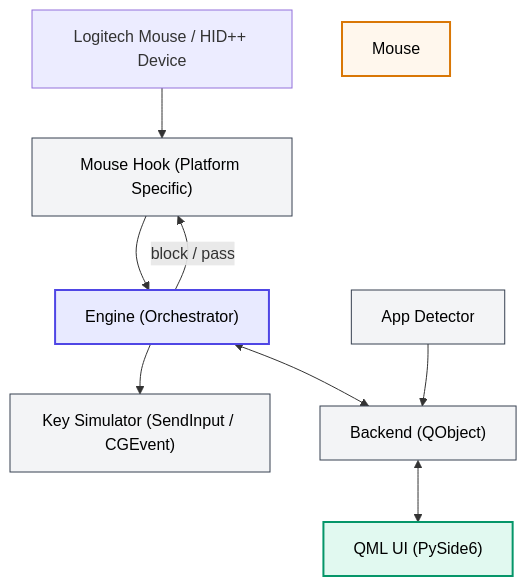
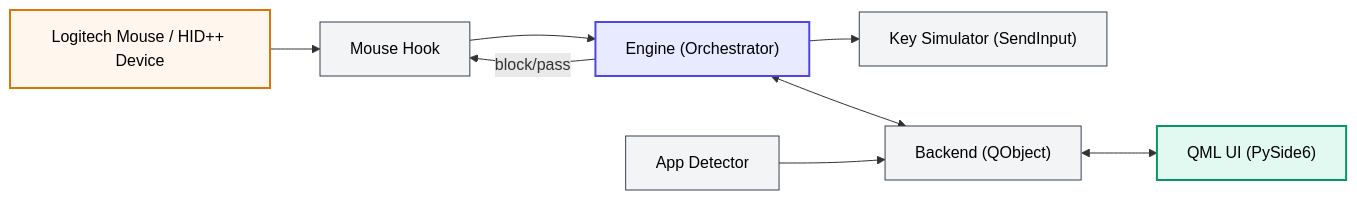
One commit to TomBadash/Mouser changed the diagram in README.md. Above: the diagram before and after it, drawn with Mermaid.

Commit message:
Refactor architecture diagram in README.md

````diff
--- a/README.md
+++ b/README.md
@@ -291,36 +291,30 @@
 ```mermaid
-graph TD
-    %% Devices and Hooks
-    Logitech["Logitech Mouse / HID++ Device"]
-    Hook["Mouse Hook (Platform Specific)"]
+graph LR
+    %% Nodes
+    Mouse["Logitech Mouse / HID++ Device"]
+    Hook["Mouse Hook"]
     Engine["Engine (Orchestrator)"]
-    
-    %% Connections
-    Logitech --> Hook
-    Hook --> Engine
-    
-    %% Feedback Loop
-    Engine -- "block / pass" --> Hook
-    
-    %% Outputs
-    Simulator["Key Simulator (SendInput / CGEvent)"]
-    Engine --> Simulator
-    
-    %% UI and Backend
+    Simulator["Key Simulator (SendInput)"]
     Backend["Backend (QObject)"]
     UI["QML UI (PySide6)"]
     Detector["App Detector"]
+
+    %% Connections
+    Mouse --> Hook
+    Hook --> Engine
+    Engine -- "block/pass" --> Hook
+    Engine --> Simulator
     
     Engine <--> Backend
     Backend <--> UI
     Detector --> Backend
 
-%% Styling for better readability
+    %% Styling for better readability
     style Engine fill:#e8eaff,stroke:#4f46e5,stroke-width:2px,color:#000
     style UI fill:#e1f9f0,stroke:#059669,stroke-width:2px,color:#000
     style Mouse fill:#fff7ed,stroke:#d97706,stroke-width:2px,color:#000
     style Hook fill:#f3f4f6,stroke:#374151,color:#000
     style Simulator fill:#f3f4f6,stroke:#374151,color:#000
     style Backend fill:#f3f4f6,stroke:#374151,color:#000
     style Detector fill:#f3f4f6,stroke:#374151,color:#000
 ```
````
